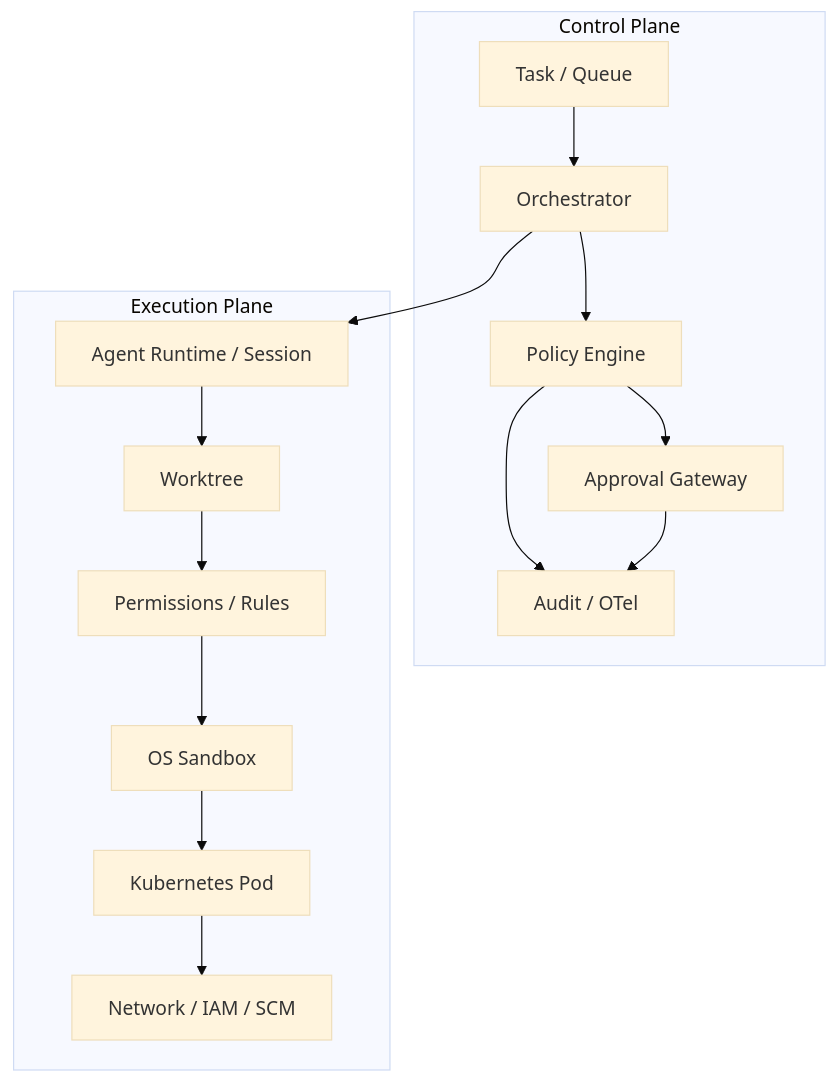
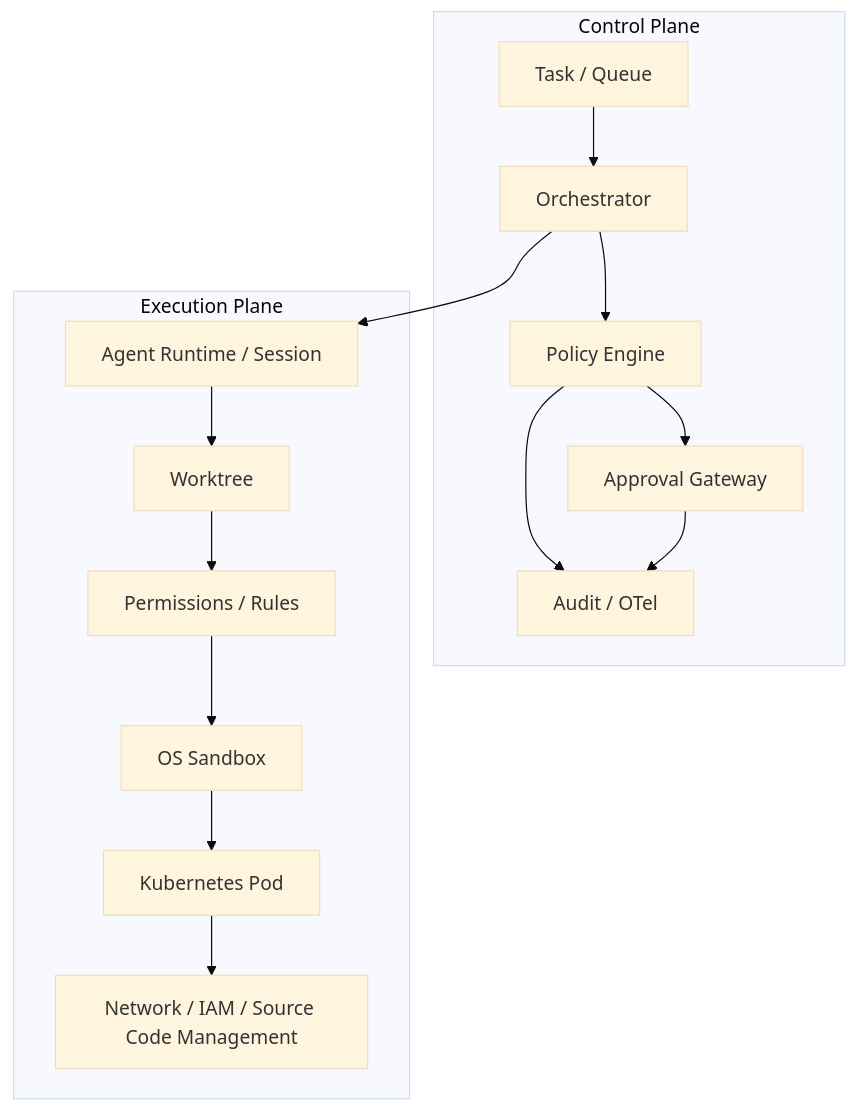
The first of 3 diagrams in docs/01-architecture.md (tomo-chan/agent-harness), drawn with Mermaid (base theme) before and after one commit. The commit also changed other lines of this file and 10 other files, not shown here.

````diff
--- a/docs/01-architecture.md
+++ b/docs/01-architecture.md
@@ -13,20 +13,20 @@
 ```mermaid
 flowchart TB
     subgraph CP[Control Plane]
         T[Task / Queue] --> O[Orchestrator]
         O --> P[Policy Engine]
         P --> A[Approval Gateway]
         P --> OT[Audit / OTel]
         A --> OT
     end
 
     subgraph EP[Execution Plane]
         R[Agent Runtime / Session] --> W[Worktree]
         W --> PR[Permissions / Rules]
         PR --> S[OS Sandbox]
         S --> K[Kubernetes Pod]
-        K --> N[Network / IAM / SCM]
+        K --> N[Network / IAM / Source Code Management]
     end
 
     O --> R
 ```
````
